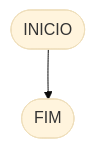
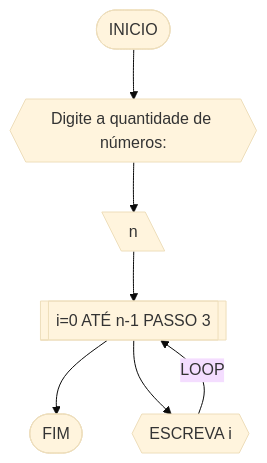
The fourth of 6 diagrams in RLA/unidade1/lista3.md (DiegoRaiS/unifor), drawn with Mermaid (base theme) before and after one commit. The commit also changed other lines of this file, not shown here.

Commit message:
fim exercicios 2 e 3

````diff
--- a/RLA/unidade1/lista3.md
+++ b/RLA/unidade1/lista3.md
@@ -145,4 +145,9 @@
 ```mermaid
 flowchart TD
-A([INICIO]) --> B([FIM])
+A([INICIO]) --> B{{Digite a quantidade de números: }}
+B --> C[\n\]
+C --> E[[i=0 ATÉ n-1 PASSO 3]]
+E --> G([FIM])
+E --> F{{ESCREVA i}}
+F --LOOP--> E
 ```
````
